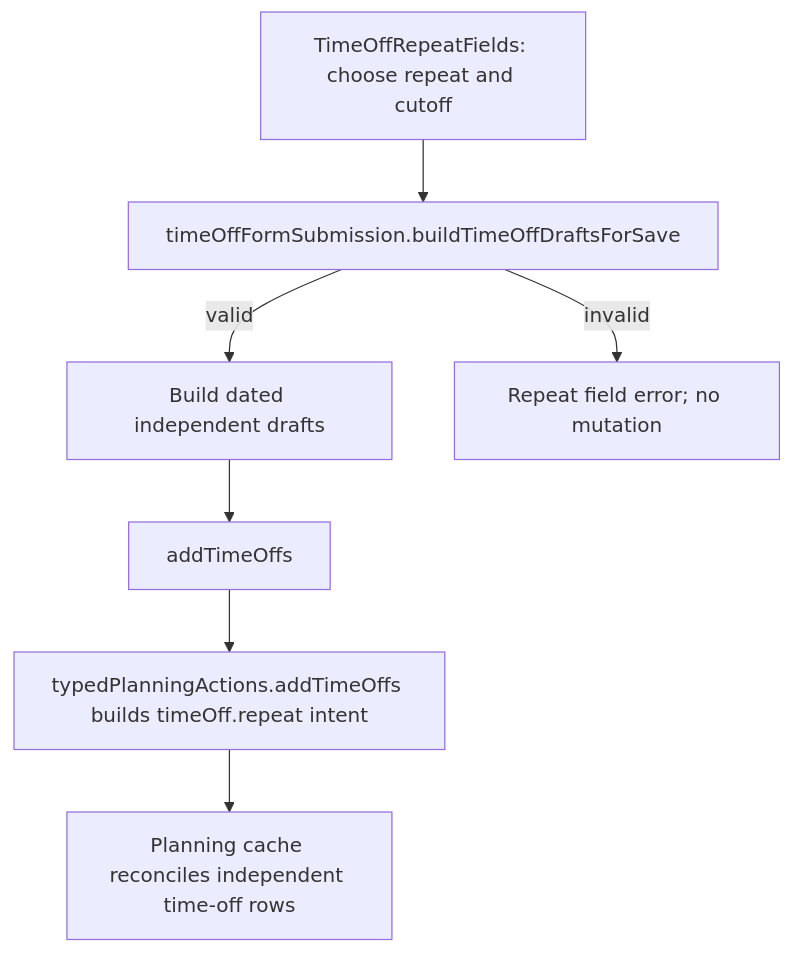
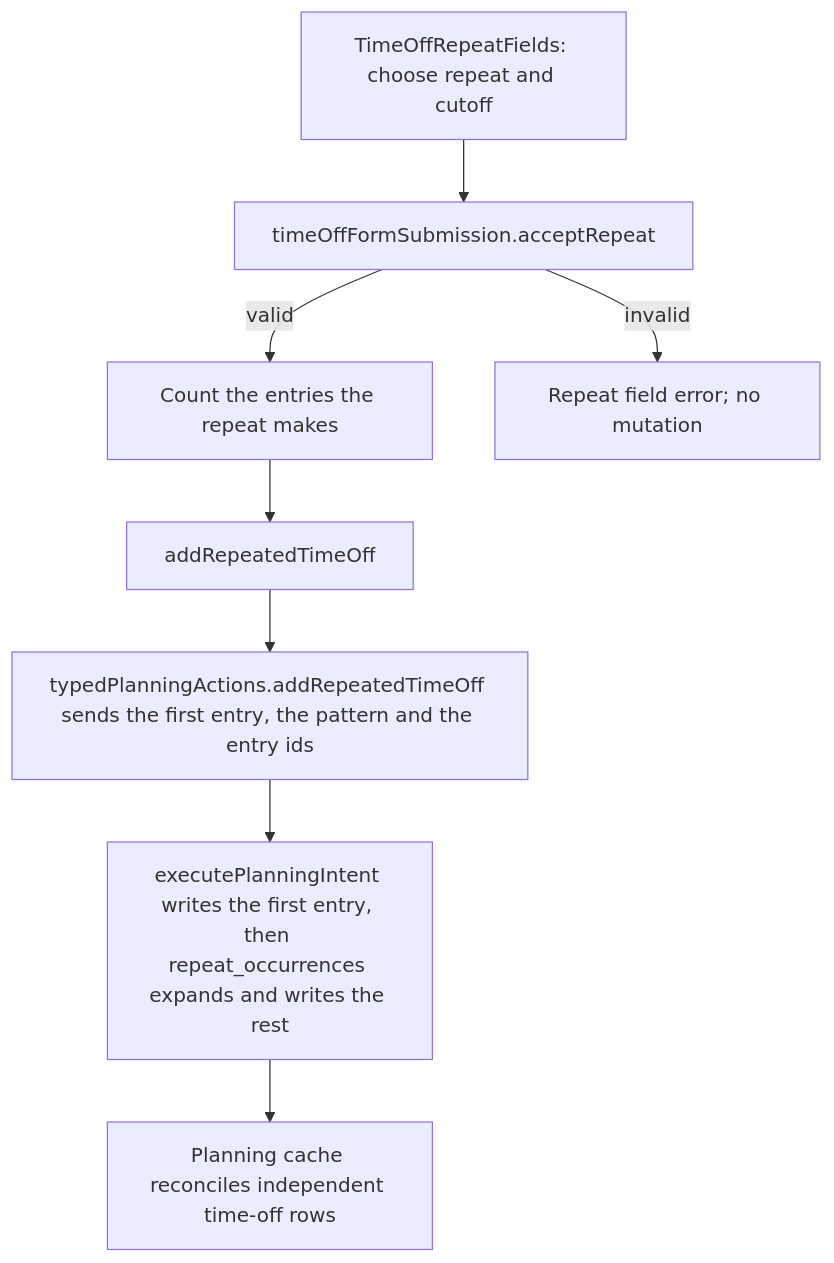
Before and after one commit to Kevinjohn/capacitylens: the second of 2 diagrams in user-stories/time-off/US-TOF-07-repeat-time-off.md, drawn with Mermaid. The commit also changed other lines of this file and 20 other files, not shown here.

First line of the commit message:
Expand repeated time off on the server from a pattern

````diff
--- a/user-stories/time-off/US-TOF-07-repeat-time-off.md
+++ b/user-stories/time-off/US-TOF-07-repeat-time-off.md
@@ -43,9 +43,10 @@
 ```mermaid
 flowchart TD
-  A["TimeOffRepeatFields: choose repeat and cutoff"] --> B["timeOffFormSubmission.buildTimeOffDraftsForSave"]
-  B -->|valid| C["Build dated independent drafts"]
+  A["TimeOffRepeatFields: choose repeat and cutoff"] --> B["timeOffFormSubmission.acceptRepeat"]
+  B -->|valid| C["Count the entries the repeat makes"]
   B -->|invalid| D["Repeat field error; no mutation"]
-  C --> E["addTimeOffs"]
-  E --> F["typedPlanningActions.addTimeOffs builds timeOff.repeat intent"]
-  F --> G["Planning cache reconciles independent time-off rows"]
+  C --> E["addRepeatedTimeOff"]
+  E --> F["typedPlanningActions.addRepeatedTimeOff sends the first entry, the pattern and the entry ids"]
+  F --> H["executePlanningIntent writes the first entry, then repeat_occurrences expands and writes the rest"]
+  H --> G["Planning cache reconciles independent time-off rows"]
 ```
````
